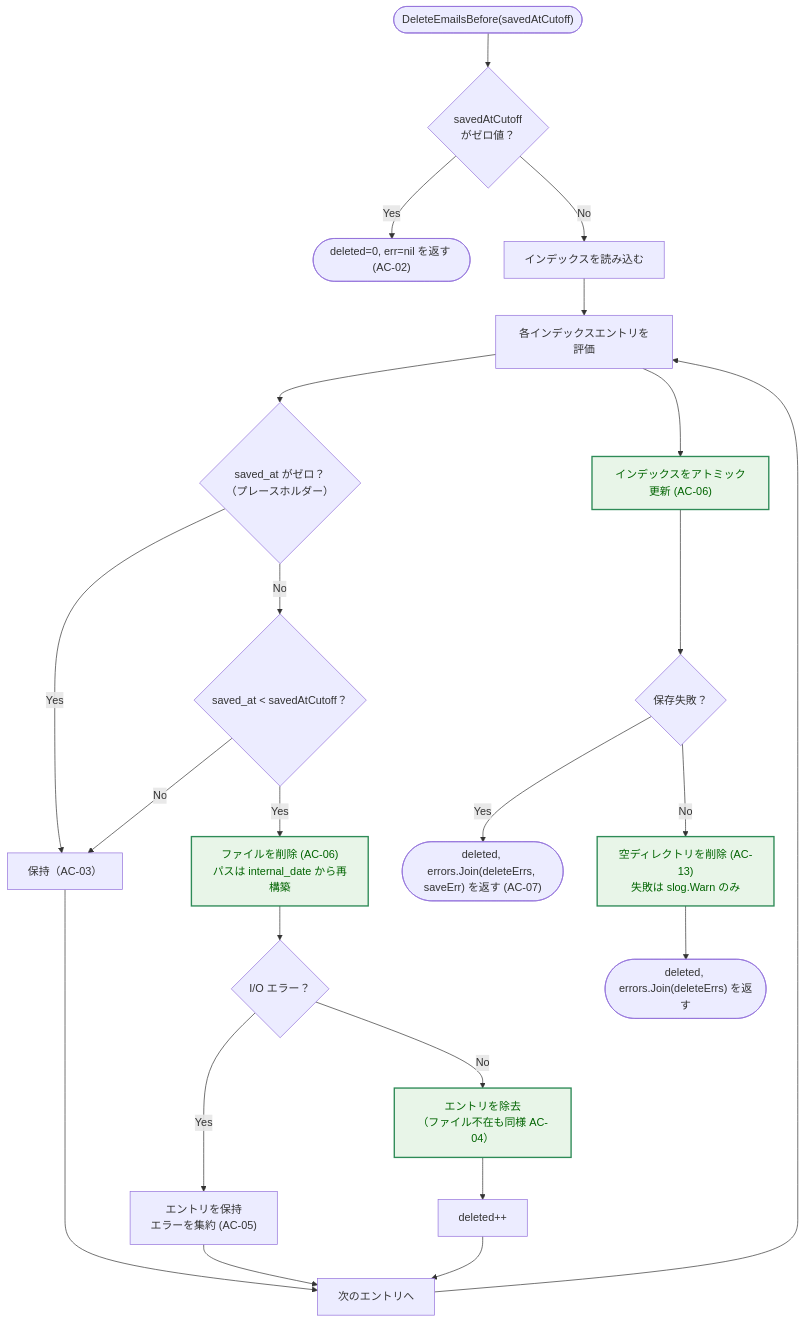
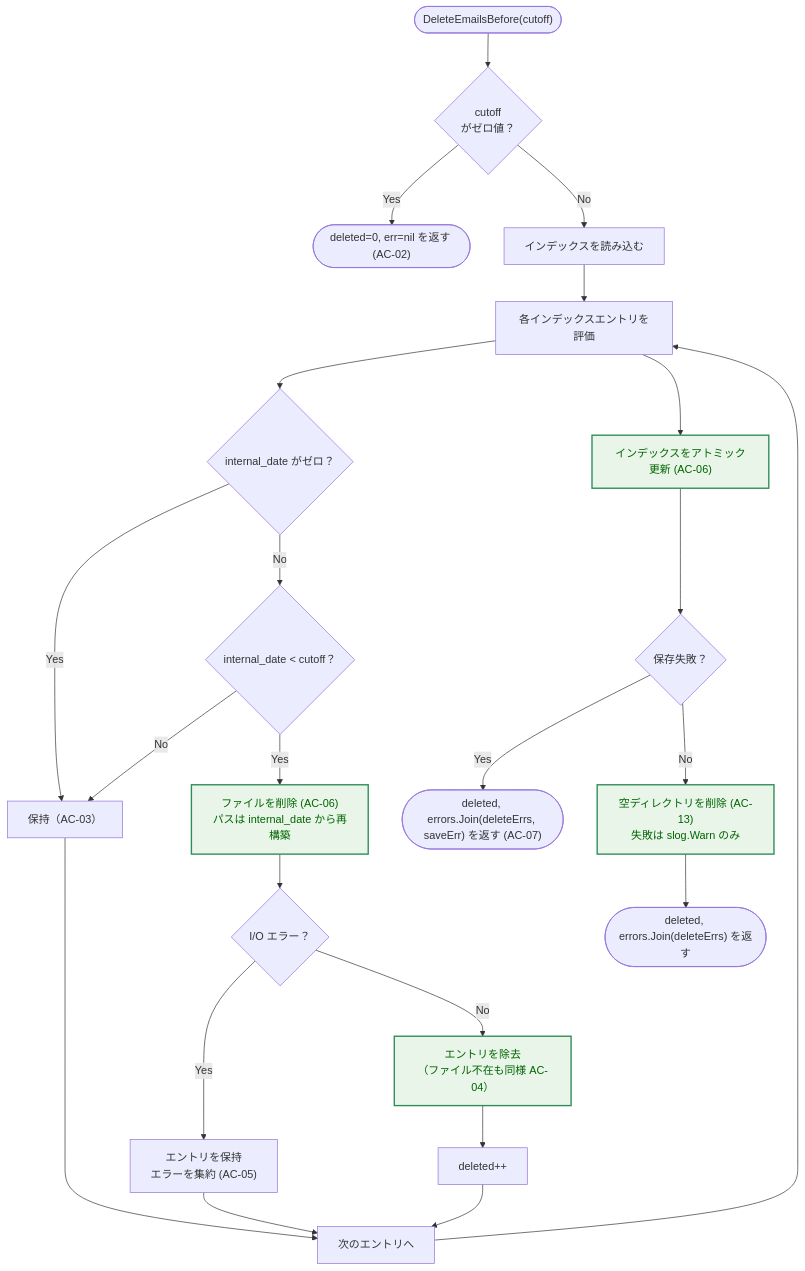
The ninth of 9 diagrams in docs/tasks/0041_store_gc_simplify/02_architecture.md (isseis/tlsrpt-digest), drawn with Mermaid before and after one commit. The commit also changed other lines of this file and 2 other files, not shown here.

First line of the commit message:
docs(0041): change GC criterion from SavedAt to INTERNALDATE

````diff
--- a/docs/tasks/0041_store_gc_simplify/02_architecture.md
+++ b/docs/tasks/0041_store_gc_simplify/02_architecture.md
@@ -338,29 +338,29 @@
 ```mermaid
 flowchart TD
     classDef enhanced fill:#e8f5e8,stroke:#2e8b57,stroke-width:2px,color:#006400;
 
-    Start(["DeleteEmailsBefore(savedAtCutoff)"]) --> Zero{"savedAtCutoff<br>がゼロ値？"}
+    Start(["DeleteEmailsBefore(cutoff)"]) --> Zero{"cutoff<br>がゼロ値？"}
     Zero -->|"Yes"| RetZero(["deleted=0, err=nil を返す (AC-02)"])
     Zero -->|"No"| Load["インデックスを読み込む"]
     Load --> Loop["各インデックスエントリを評価"]
-    Loop --> Placeholder{"saved_at がゼロ？<br>（プレースホルダー）"}
+    Loop --> Placeholder{"internal_date がゼロ？"}
     Placeholder -->|"Yes"| Keep["保持（AC-03）"]
-    Placeholder -->|"No"| Cond{"saved_at < savedAtCutoff？"}
+    Placeholder -->|"No"| Cond{"internal_date < cutoff？"}
     Cond -->|"No"| Keep
     Cond -->|"Yes"| DelFile["ファイルを削除 (AC-06)<br>パスは internal_date から再構築"]
     DelFile --> IOErr{"I/O エラー？"}
     IOErr -->|"Yes"| KeepEntry["エントリを保持<br>エラーを集約 (AC-05)"]
     IOErr -->|"No"| RemoveEntry["エントリを除去<br>（ファイル不在も同様 AC-04）"]
     RemoveEntry --> CountUp["deleted++"]
     Keep --> NextEntry["次のエントリへ"]
     KeepEntry --> NextEntry
     CountUp --> NextEntry
     NextEntry --> Loop
     Loop --> Save["インデックスをアトミック更新 (AC-06)"]
     Save --> SaveErr{"保存失敗？"}
     SaveErr -->|"Yes"| RetErr(["deleted, errors.Join(deleteErrs, saveErr) を返す (AC-07)"])
     SaveErr -->|"No"| Sweep["空ディレクトリを削除 (AC-13)<br>失敗は slog.Warn のみ"]
     Sweep --> RetOK(["deleted, errors.Join(deleteErrs) を返す"])
 
     class DelFile,RemoveEntry,Save,Sweep enhanced
 ```
````
